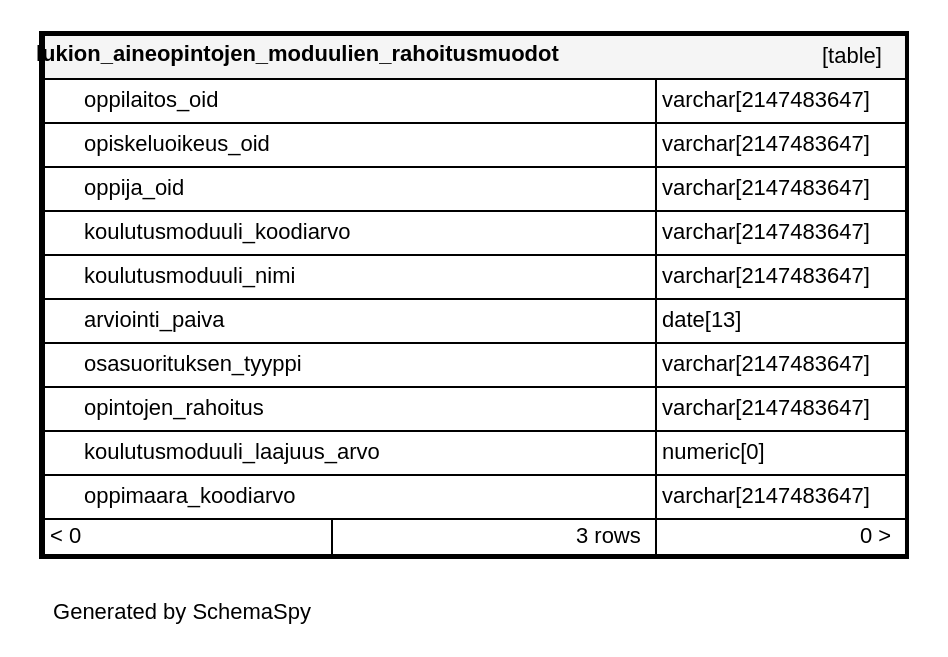
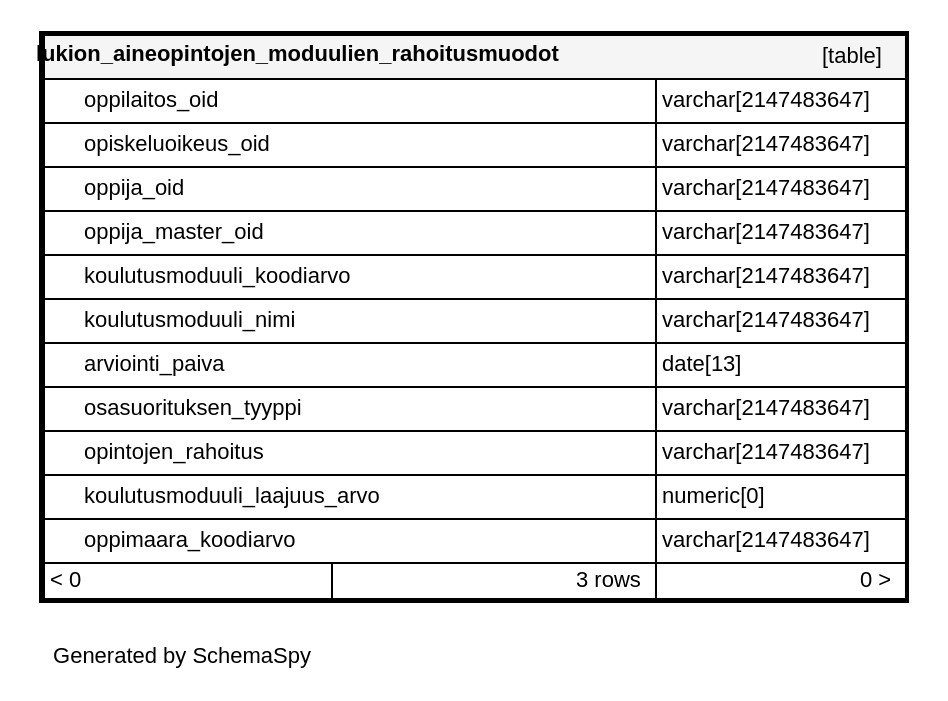
One commit to Opetushallitus/koski changed the diagram in documentation/tietokantaskeemat/koski-raportointikanta/diagrams/tables/lukion_aineopintojen_moduulien__90dfe69d.1degree.dot. Above: the diagram before and after it, drawn with Graphviz. The commit also changed 44 other files, not shown here.

```diff
--- a/documentation/tietokantaskeemat/koski-raportointikanta/diagrams/tables/lukion_aineopintojen_moduulien__90dfe69d.1degree.dot
+++ b/documentation/tietokantaskeemat/koski-raportointikanta/diagrams/tables/lukion_aineopintojen_moduulien__90dfe69d.1degree.dot
@@ -1,23 +1,24 @@
 digraph "oneDegreeRelationshipsDiagram" {
   graph [    rankdir="RL"    bgcolor="#ffffff"    label="\nGenerated by SchemaSpy"    labeljust="l"    nodesep="0.18"    ranksep="0.46"    fontname="Helvetica"    fontsize="11"    ration="compress"  ];  node [    fontname="Helvetica"    fontsize="11"    shape="plaintext"  ];  edge [    arrowsize="0.8"  ];
   "lukion_aineopintojen_moduulien_rahoitusmuodot" [
    label=<
     <TABLE BORDER="2" CELLBORDER="1" CELLSPACING="0" BGCOLOR="#ffffff">
       <TR><TD COLSPAN="4"  BGCOLOR="#f5f5f5"><TABLE BORDER="0" CELLSPACING="0"><TR><TD ALIGN="LEFT" FIXEDSIZE="TRUE" WIDTH="285" HEIGHT="16"><B>lukion_aineopintojen_moduulien_rahoitusmuodot</B></TD><TD ALIGN="RIGHT">[table]</TD></TR></TABLE></TD></TR>
       <TR><TD PORT="oppilaitos_oid" COLSPAN="2" BGCOLOR="#ffffff" ALIGN="LEFT"><TABLE BORDER="0" CELLSPACING="0" ALIGN="LEFT"><TR ALIGN="LEFT"><TD ALIGN="LEFT" FIXEDSIZE="TRUE" WIDTH="15" HEIGHT="16"></TD><TD ALIGN="LEFT" FIXEDSIZE="TRUE" WIDTH="285" HEIGHT="16">oppilaitos_oid</TD></TR></TABLE></TD><TD PORT="oppilaitos_oid.type" ALIGN="LEFT">varchar[2147483647]</TD></TR>
       <TR><TD PORT="opiskeluoikeus_oid" COLSPAN="2" ALIGN="LEFT"><TABLE BORDER="0" CELLSPACING="0" ALIGN="LEFT"><TR ALIGN="LEFT"><TD ALIGN="LEFT" FIXEDSIZE="TRUE" WIDTH="15" HEIGHT="16"></TD><TD ALIGN="LEFT" FIXEDSIZE="TRUE" WIDTH="285" HEIGHT="16">opiskeluoikeus_oid</TD></TR></TABLE></TD><TD PORT="opiskeluoikeus_oid.type" ALIGN="LEFT">varchar[2147483647]</TD></TR>
       <TR><TD PORT="oppija_oid" COLSPAN="2" ALIGN="LEFT"><TABLE BORDER="0" CELLSPACING="0" ALIGN="LEFT"><TR ALIGN="LEFT"><TD ALIGN="LEFT" FIXEDSIZE="TRUE" WIDTH="15" HEIGHT="16"></TD><TD ALIGN="LEFT" FIXEDSIZE="TRUE" WIDTH="285" HEIGHT="16">oppija_oid</TD></TR></TABLE></TD><TD PORT="oppija_oid.type" ALIGN="LEFT">varchar[2147483647]</TD></TR>
+      <TR><TD PORT="oppija_master_oid" COLSPAN="2" ALIGN="LEFT"><TABLE BORDER="0" CELLSPACING="0" ALIGN="LEFT"><TR ALIGN="LEFT"><TD ALIGN="LEFT" FIXEDSIZE="TRUE" WIDTH="15" HEIGHT="16"></TD><TD ALIGN="LEFT" FIXEDSIZE="TRUE" WIDTH="285" HEIGHT="16">oppija_master_oid</TD></TR></TABLE></TD><TD PORT="oppija_master_oid.type" ALIGN="LEFT">varchar[2147483647]</TD></TR>
       <TR><TD PORT="koulutusmoduuli_koodiarvo" COLSPAN="2" ALIGN="LEFT"><TABLE BORDER="0" CELLSPACING="0" ALIGN="LEFT"><TR ALIGN="LEFT"><TD ALIGN="LEFT" FIXEDSIZE="TRUE" WIDTH="15" HEIGHT="16"></TD><TD ALIGN="LEFT" FIXEDSIZE="TRUE" WIDTH="285" HEIGHT="16">koulutusmoduuli_koodiarvo</TD></TR></TABLE></TD><TD PORT="koulutusmoduuli_koodiarvo.type" ALIGN="LEFT">varchar[2147483647]</TD></TR>
       <TR><TD PORT="koulutusmoduuli_nimi" COLSPAN="2" ALIGN="LEFT"><TABLE BORDER="0" CELLSPACING="0" ALIGN="LEFT"><TR ALIGN="LEFT"><TD ALIGN="LEFT" FIXEDSIZE="TRUE" WIDTH="15" HEIGHT="16"></TD><TD ALIGN="LEFT" FIXEDSIZE="TRUE" WIDTH="285" HEIGHT="16">koulutusmoduuli_nimi</TD></TR></TABLE></TD><TD PORT="koulutusmoduuli_nimi.type" ALIGN="LEFT">varchar[2147483647]</TD></TR>
       <TR><TD PORT="arviointi_paiva" COLSPAN="2" ALIGN="LEFT"><TABLE BORDER="0" CELLSPACING="0" ALIGN="LEFT"><TR ALIGN="LEFT"><TD ALIGN="LEFT" FIXEDSIZE="TRUE" WIDTH="15" HEIGHT="16"></TD><TD ALIGN="LEFT" FIXEDSIZE="TRUE" WIDTH="285" HEIGHT="16">arviointi_paiva</TD></TR></TABLE></TD><TD PORT="arviointi_paiva.type" ALIGN="LEFT">date[13]</TD></TR>
       <TR><TD PORT="osasuorituksen_tyyppi" COLSPAN="2" ALIGN="LEFT"><TABLE BORDER="0" CELLSPACING="0" ALIGN="LEFT"><TR ALIGN="LEFT"><TD ALIGN="LEFT" FIXEDSIZE="TRUE" WIDTH="15" HEIGHT="16"></TD><TD ALIGN="LEFT" FIXEDSIZE="TRUE" WIDTH="285" HEIGHT="16">osasuorituksen_tyyppi</TD></TR></TABLE></TD><TD PORT="osasuorituksen_tyyppi.type" ALIGN="LEFT">varchar[2147483647]</TD></TR>
       <TR><TD PORT="opintojen_rahoitus" COLSPAN="2" ALIGN="LEFT"><TABLE BORDER="0" CELLSPACING="0" ALIGN="LEFT"><TR ALIGN="LEFT"><TD ALIGN="LEFT" FIXEDSIZE="TRUE" WIDTH="15" HEIGHT="16"></TD><TD ALIGN="LEFT" FIXEDSIZE="TRUE" WIDTH="285" HEIGHT="16">opintojen_rahoitus</TD></TR></TABLE></TD><TD PORT="opintojen_rahoitus.type" ALIGN="LEFT">varchar[2147483647]</TD></TR>
       <TR><TD PORT="koulutusmoduuli_laajuus_arvo" COLSPAN="2" ALIGN="LEFT"><TABLE BORDER="0" CELLSPACING="0" ALIGN="LEFT"><TR ALIGN="LEFT"><TD ALIGN="LEFT" FIXEDSIZE="TRUE" WIDTH="15" HEIGHT="16"></TD><TD ALIGN="LEFT" FIXEDSIZE="TRUE" WIDTH="285" HEIGHT="16">koulutusmoduuli_laajuus_arvo</TD></TR></TABLE></TD><TD PORT="koulutusmoduuli_laajuus_arvo.type" ALIGN="LEFT">numeric[0]</TD></TR>
       <TR><TD PORT="oppimaara_koodiarvo" COLSPAN="2" ALIGN="LEFT"><TABLE BORDER="0" CELLSPACING="0" ALIGN="LEFT"><TR ALIGN="LEFT"><TD ALIGN="LEFT" FIXEDSIZE="TRUE" WIDTH="15" HEIGHT="16"></TD><TD ALIGN="LEFT" FIXEDSIZE="TRUE" WIDTH="285" HEIGHT="16">oppimaara_koodiarvo</TD></TR></TABLE></TD><TD PORT="oppimaara_koodiarvo.type" ALIGN="LEFT">varchar[2147483647]</TD></TR>
       <TR><TD ALIGN="LEFT" BGCOLOR="#ffffff">&lt; 0</TD><TD ALIGN="RIGHT" BGCOLOR="#ffffff">3 rows</TD><TD ALIGN="RIGHT" BGCOLOR="#ffffff">0 &gt;</TD></TR>
     </TABLE>>
     URL="../../tables/lukion_aineopintojen_moduulien__90dfe69d.html"
     target="_top"
     tooltip="lukion_aineopintojen_moduulien_rahoitusmuodot"
   ];
 }
```
